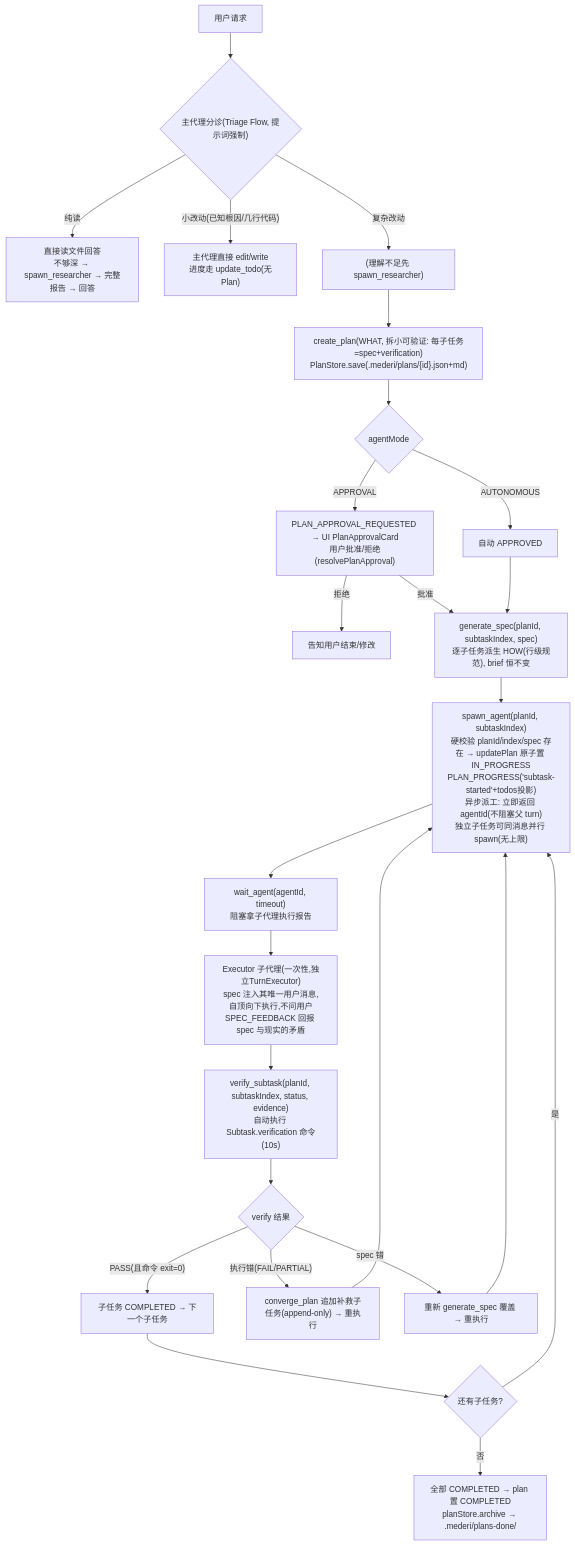
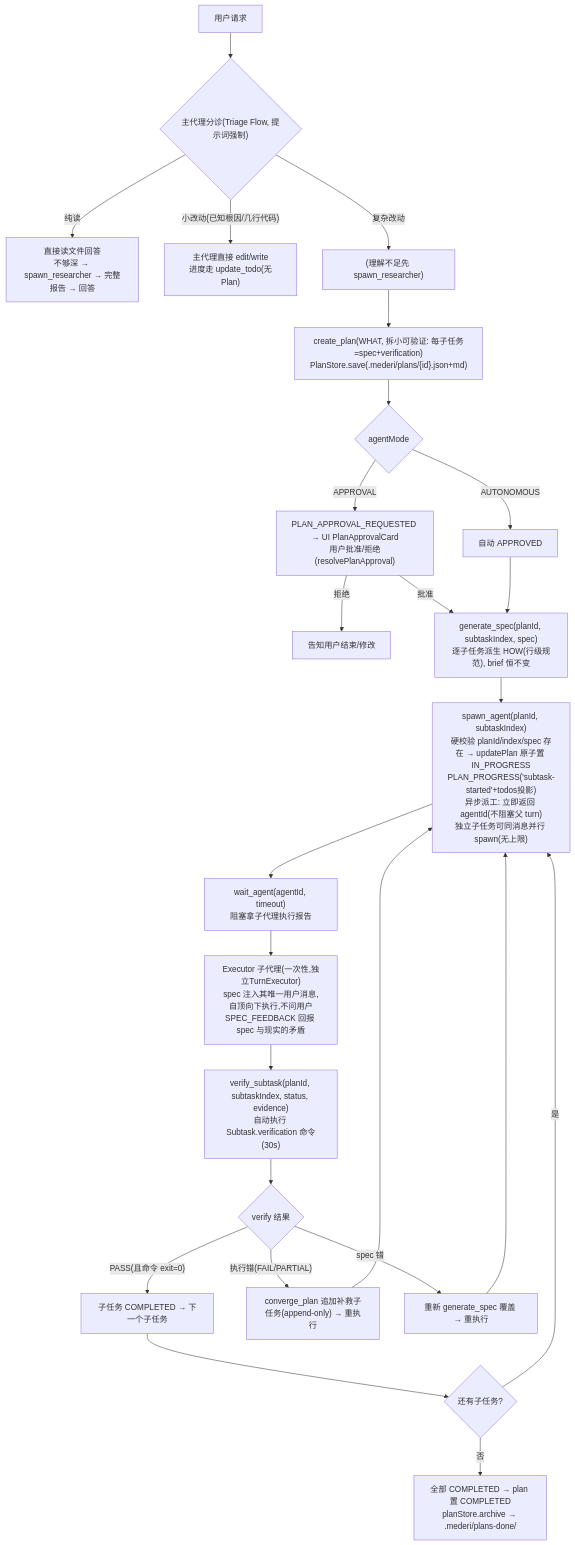
One commit to lzdev42/mederi changed the fourth of 17 diagrams in mederi/docs/architecture/04-flows.md. Above: the diagram before and after it, drawn with Mermaid. The commit also changed other lines of this file and 42 other files, not shown here.

````diff
--- a/mederi/docs/architecture/04-flows.md
+++ b/mederi/docs/architecture/04-flows.md
@@ -123,26 +123,26 @@
 ```mermaid
 flowchart TD
     U["用户请求"] --> T{"主代理分诊(Triage Flow, 提示词强制)"}
     T -- "纯读" --> R1["直接读文件回答<br/>不够深 → spawn_researcher → 完整报告 → 回答"]
     T -- "小改动(已知根因/几行代码)" --> R2["主代理直接 edit/write<br/>进度走 update_todo(无Plan)"]
     T -- "复杂改动" --> RES["(理解不足先 spawn_researcher)"]
     RES --> CP["create_plan(WHAT, 拆小可验证: 每子任务=spec+verification)<br/>PlanStore.save(.mederi/plans/{id}.json+md)"]
     CP --> MODE{"agentMode"}
     MODE -- "AUTONOMOUS" --> AUTO["自动 APPROVED"]
     MODE -- "APPROVAL" --> WAIT["PLAN_APPROVAL_REQUESTED → UI PlanApprovalCard<br/>用户批准/拒绝(resolvePlanApproval)"]
     WAIT -- "拒绝" --> REJ["告知用户结束/修改"]
     WAIT -- "批准" --> GEN
     AUTO --> GEN["generate_spec(planId, subtaskIndex, spec)<br/>逐子任务派生 HOW(行级规范), brief 恒不变"]
     GEN --> SPAWN["spawn_agent(planId, subtaskIndex)<br/>硬校验 planId/index/spec 存在 → updatePlan 原子置 IN_PROGRESS<br/>PLAN_PROGRESS('subtask-started'+todos投影)<br/>异步派工: 立即返回 agentId(不阻塞父 turn)<br/>独立子任务可同消息并行 spawn(无上限)"]
     SPAWN --> WAITAG["wait_agent(agentId, timeout)<br/>阻塞拿子代理执行报告"]
     WAITAG --> SUB["Executor 子代理(一次性,独立TurnExecutor)<br/>spec 注入其唯一用户消息,自顶向下执行,不问用户<br/>SPEC_FEEDBACK 回报 spec 与现实的矛盾"]
-    SUB --> VER["verify_subtask(planId, subtaskIndex, status, evidence)<br/>自动执行 Subtask.verification 命令(10s)"]
+    SUB --> VER["verify_subtask(planId, subtaskIndex, status, evidence)<br/>自动执行 Subtask.verification 命令(30s)"]
     VER --> CHK{"verify 结果"}
     CHK -- "PASS(且命令 exit=0)" --> NEXT["子任务 COMPLETED → 下一个子任务"]
     CHK -- "执行错(FAIL/PARTIAL)" --> CONV["converge_plan 追加补救子任务(append-only) → 重执行"]
     CHK -- "spec 错" --> REGEN["重新 generate_spec 覆盖 → 重执行"]
     NEXT --> MORE{"还有子任务?"}
     MORE -- "是" --> SPAWN
     MORE -- "否" --> ARCH["全部 COMPLETED → plan 置 COMPLETED<br/>planStore.archive → .mederi/plans-done/"]
     CONV & REGEN --> SPAWN
 ```
````
